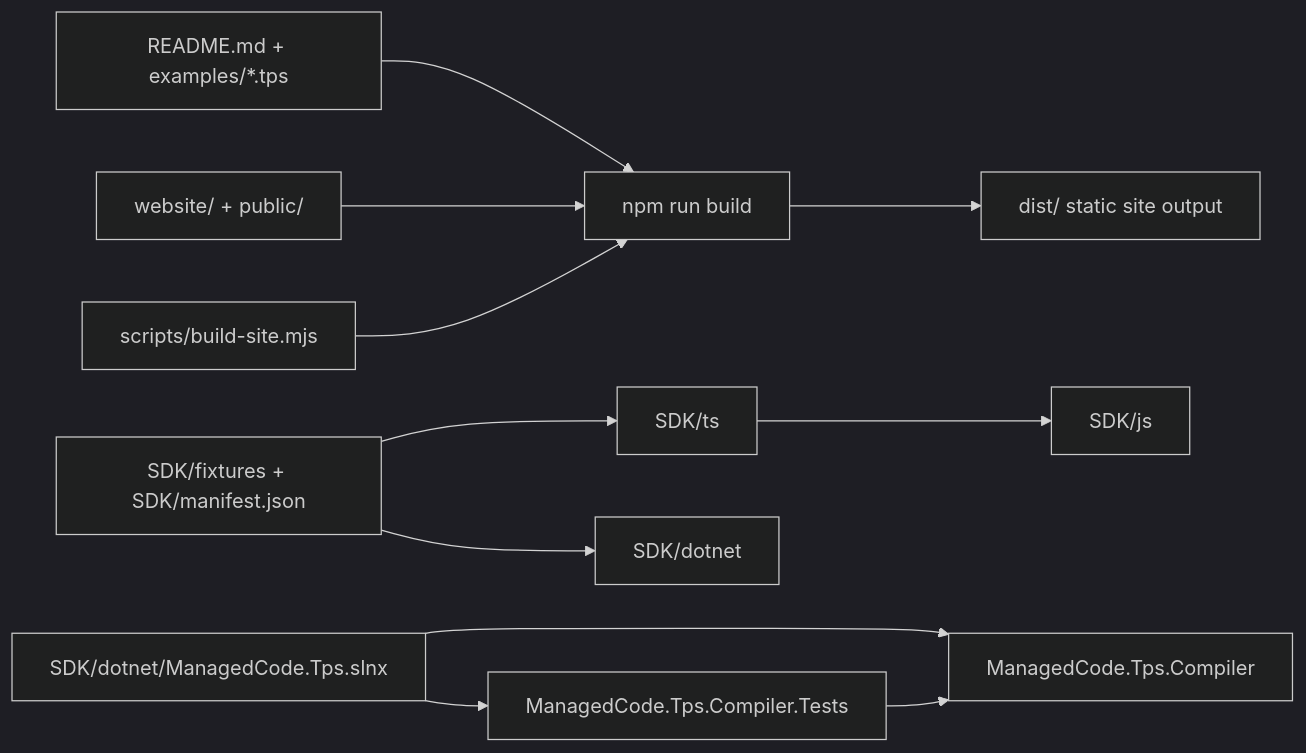
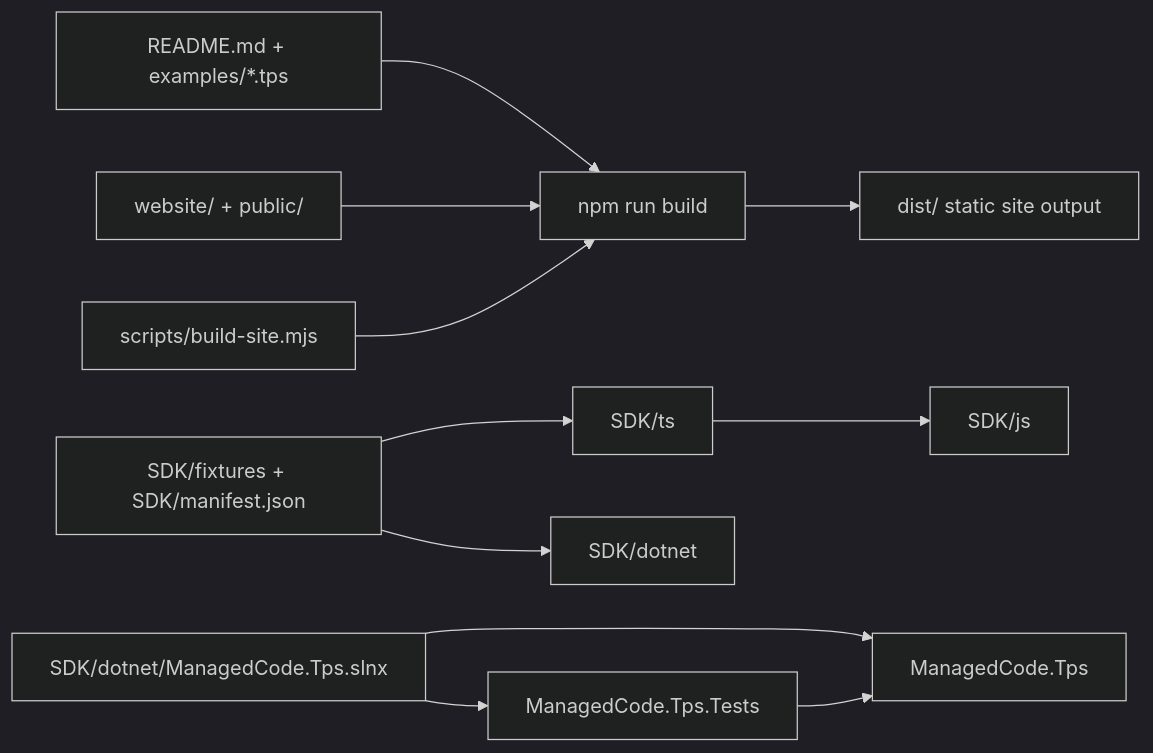
Before and after one commit to managedcode/TPS: the first of 2 diagrams in docs/Architecture.md, drawn with Mermaid (dark theme). The commit also changed other lines of this file and 43 other files, not shown here.

````diff
--- a/docs/Architecture.md
+++ b/docs/Architecture.md
@@ -11,15 +11,15 @@
 ```mermaid
 flowchart LR
   Readme["README.md + examples/*.tps"] --> SiteBuild["npm run build"]
   Website["website/ + public/"] --> SiteBuild
   BuildScript["scripts/build-site.mjs"] --> SiteBuild
   SiteBuild --> Dist["dist/ static site output"]
 
   Fixtures["SDK/fixtures + SDK/manifest.json"] --> TsRuntime["SDK/ts"]
   TsRuntime --> JsRuntime["SDK/js"]
   Fixtures --> CsRuntime["SDK/dotnet"]
 
-  Solution["SDK/dotnet/ManagedCode.Tps.slnx"] --> Compiler["ManagedCode.Tps.Compiler"]
-  Solution --> Tests["ManagedCode.Tps.Compiler.Tests"]
-  Tests --> Compiler
+  Solution["SDK/dotnet/ManagedCode.Tps.slnx"] --> Runtime["ManagedCode.Tps"]
+  Solution --> Tests["ManagedCode.Tps.Tests"]
+  Tests --> Runtime
 ```
````
